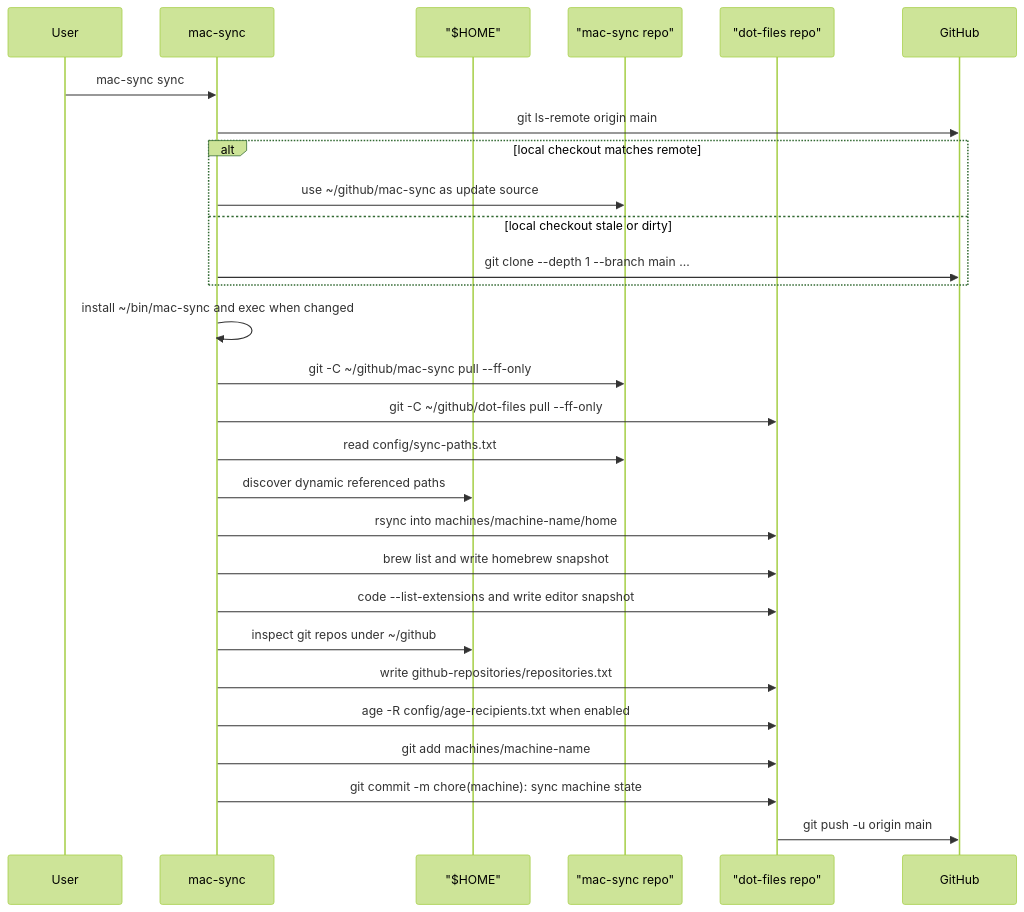
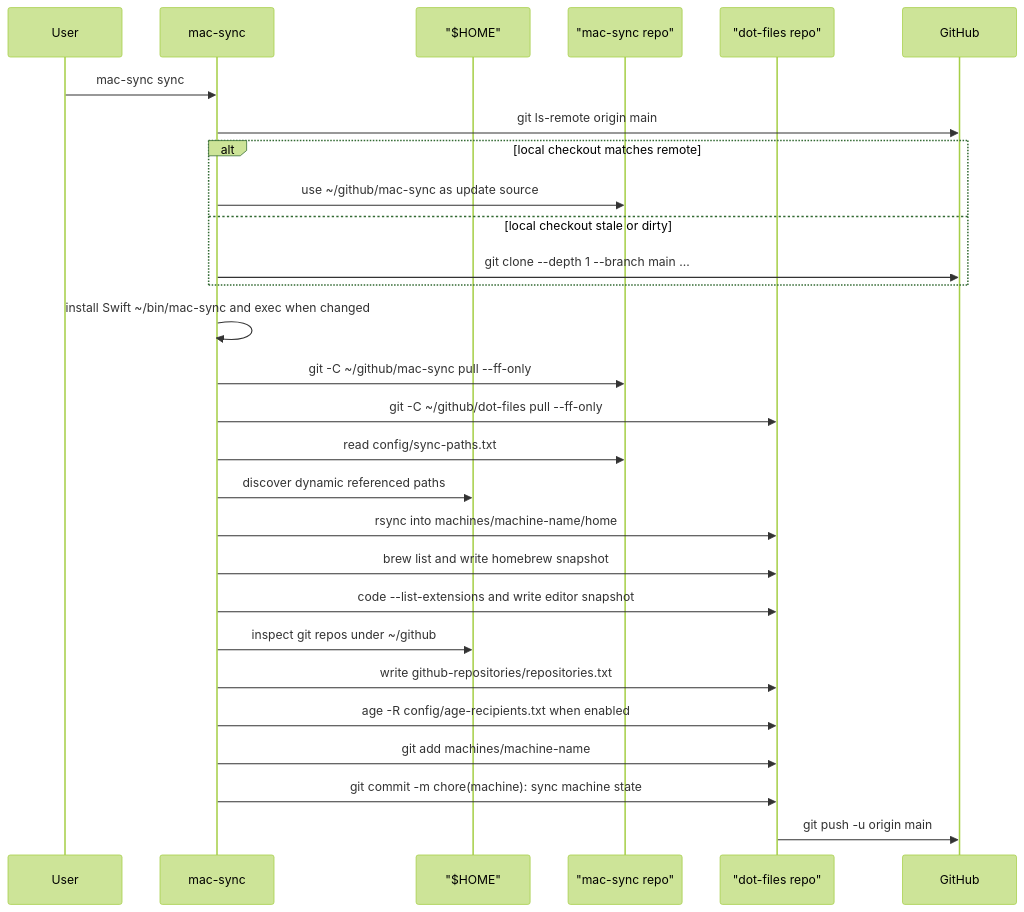
One commit to stephenlclarke/mac-sync changed the second of 4 diagrams in WORKFLOW.md. Above: the diagram before and after it, drawn with Mermaid (forest theme). The commit also changed other lines of this file and 28 other files, not shown here.

Commit message:
feat: rewrite mac-sync in Swift

````diff
--- a/WORKFLOW.md
+++ b/WORKFLOW.md
@@ -142,31 +229,31 @@
 ```mermaid
 sequenceDiagram
   participant User
   participant CLI as mac-sync
   participant Home as "$HOME"
   participant Code as "mac-sync repo"
   participant Snap as "dot-files repo"
   participant GitHub
 
   User->>CLI: mac-sync sync
   CLI->>GitHub: git ls-remote origin main
   alt local checkout matches remote
     CLI->>Code: use ~/github/mac-sync as update source
   else local checkout stale or dirty
     CLI->>GitHub: git clone --depth 1 --branch main ...
   end
-  CLI->>CLI: install ~/bin/mac-sync and exec when changed
+  CLI->>CLI: install Swift ~/bin/mac-sync and exec when changed
   CLI->>Code: git -C ~/github/mac-sync pull --ff-only
   CLI->>Snap: git -C ~/github/dot-files pull --ff-only
   CLI->>Code: read config/sync-paths.txt
   CLI->>Home: discover dynamic referenced paths
   CLI->>Snap: rsync into machines/machine-name/home
   CLI->>Snap: brew list and write homebrew snapshot
   CLI->>Snap: code --list-extensions and write editor snapshot
   CLI->>Home: inspect git repos under ~/github
   CLI->>Snap: write github-repositories/repositories.txt
   CLI->>Snap: age -R config/age-recipients.txt when enabled
   CLI->>Snap: git add machines/machine-name
   CLI->>Snap: git commit -m chore(machine): sync machine state
   Snap->>GitHub: git push -u origin main
 ```
````
